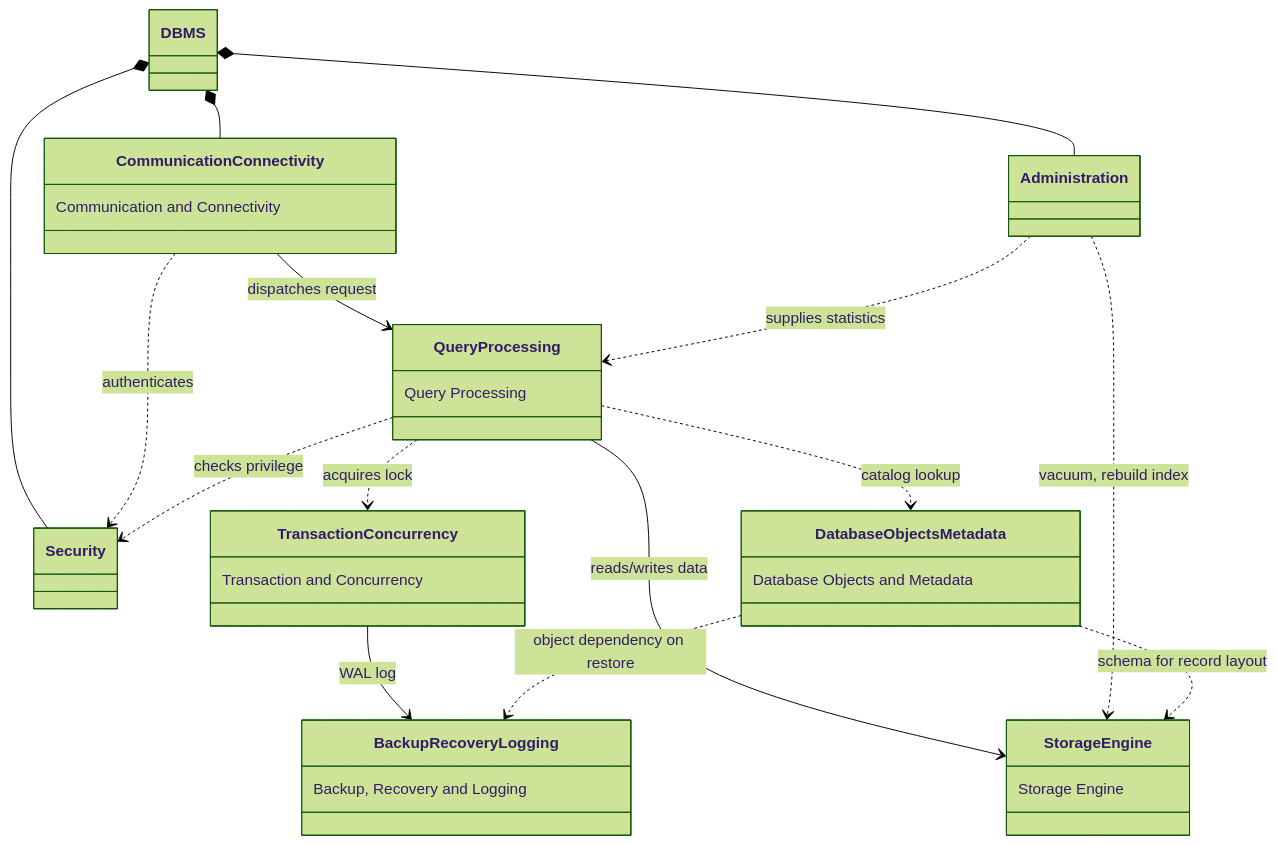
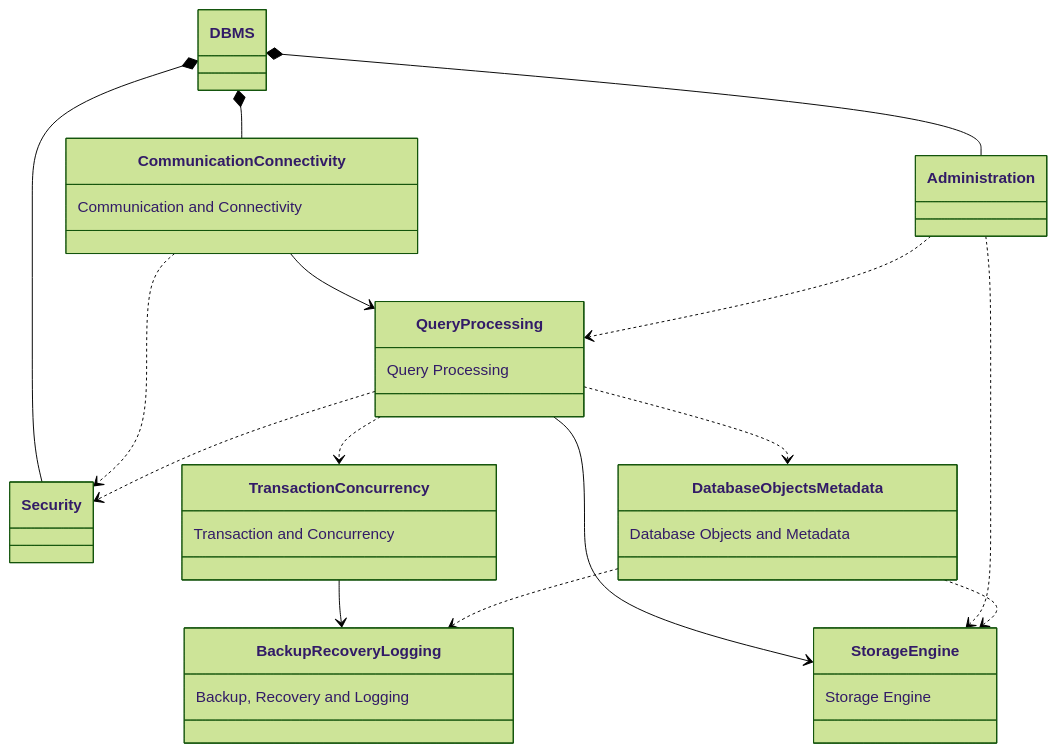
One commit to Ricky13170/DBMS changed the diagram in new.md. Above: the diagram before and after it, drawn with Mermaid (forest theme). The commit also changed other lines of this file, not shown here.

````diff
--- a/new.md
+++ b/new.md
@@ -12,66 +12,65 @@
 ```mermaid
 classDiagram
     direction TB
 
     class DBMS {
     }
 
     class CommunicationConnectivity {
         Communication and Connectivity
     }
 
     class Security {
     }
 
     class Administration {
     }
 
     class QueryProcessing {
         Query Processing
     }
 
     class TransactionConcurrency {
         Transaction and Concurrency
     }
 
     class BackupRecoveryLogging {
         Backup, Recovery and Logging
     }
 
     class StorageEngine {
         Storage Engine
     }
 
     class DatabaseObjectsMetadata {
         Database Objects and Metadata
     }
 
     %% --- DBMS Composition (explicit diamonds) ---
     DBMS *-- CommunicationConnectivity
     DBMS *-- Security
     DBMS *-- Administration
     
-
     %% --- Main request pipeline ---
-    CommunicationConnectivity --> QueryProcessing : dispatches request
+    CommunicationConnectivity --> QueryProcessing
 
     %% --- Security cross-cutting ---
-    CommunicationConnectivity ..> Security : authenticates
-    QueryProcessing ..> Security : checks privilege
+    CommunicationConnectivity ..> Security
+    QueryProcessing ..> Security
 
     %% --- Query to lower layers ---
-    QueryProcessing ..> TransactionConcurrency : acquires lock
-    QueryProcessing --> StorageEngine : reads/writes data
-    QueryProcessing ..> DatabaseObjectsMetadata : catalog lookup
+    QueryProcessing ..> TransactionConcurrency
+    QueryProcessing --> StorageEngine
+    QueryProcessing ..> DatabaseObjectsMetadata
 
     %% --- Transaction to WAL ---
-    TransactionConcurrency --> BackupRecoveryLogging : WAL log
+    TransactionConcurrency --> BackupRecoveryLogging
 
     %% --- Administration support ---
-    Administration ..> QueryProcessing : supplies statistics
-    Administration ..> StorageEngine : vacuum, rebuild index
+    Administration ..> QueryProcessing
+    Administration ..> StorageEngine
 
     %% --- Metadata support ---
-    DatabaseObjectsMetadata ..> StorageEngine : schema for record layout
-    DatabaseObjectsMetadata ..> BackupRecoveryLogging : object dependency on restore
+    DatabaseObjectsMetadata ..> StorageEngine
+    DatabaseObjectsMetadata ..> BackupRecoveryLogging
 ```
````
